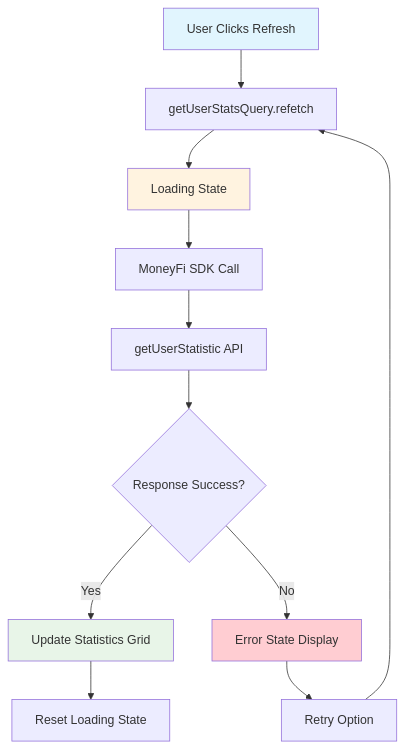
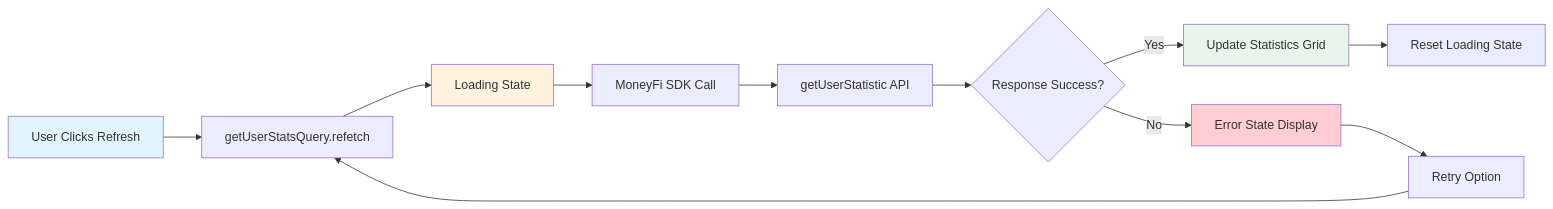
The fourth of 6 diagrams in README.md (MoneyFi-fund/moneyfi-SDK-example), drawn with Mermaid before and after one commit. The commit also changed other lines of this file, not shown here.

Commit message:
Fix flowchart direction in README: Change flowchart layout from TD to LR for better readability in deposit, withdrawal, and statistics refresh flows

````diff
--- a/README.md
+++ b/README.md
@@ -559,18 +559,18 @@
 ```mermaid
-flowchart TD
+flowchart LR
     A[User Clicks Refresh] --> B[getUserStatsQuery.refetch]
     B --> C[Loading State]
     C --> D[MoneyFi SDK Call]
     D --> E[getUserStatistic API]
     E --> F{Response Success?}
     F -->|Yes| G[Update Statistics Grid]
     F -->|No| H[Error State Display]
     G --> I[Reset Loading State]
     H --> J[Retry Option]
     J --> B
-    
+
     style A fill:#e1f5fe
     style C fill:#fff3e0
     style G fill:#e8f5e8
     style H fill:#ffcdd2
 ```
````
